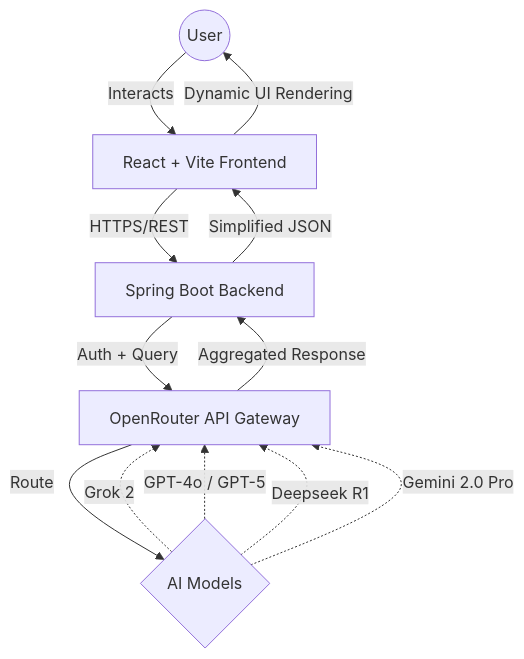
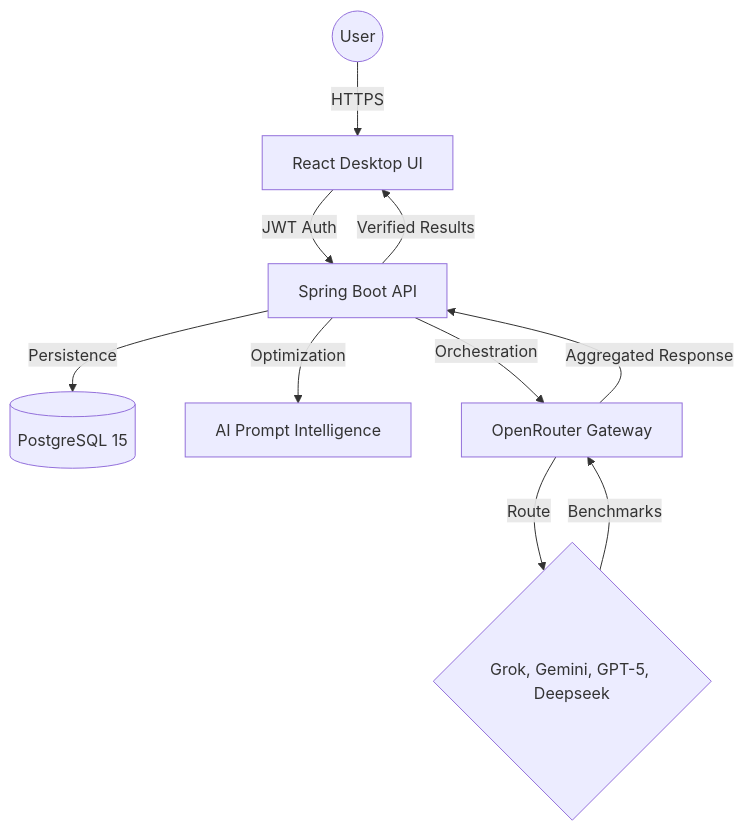
The diagram in README.md (Anand001122/AI-Nexus), drawn with Mermaid before and after one commit. The commit also changed other lines of this file and 55 other files, not shown here.

````diff
--- a/README.md
+++ b/README.md
@@ -16,16 +39,12 @@
 ```mermaid
 graph TD
-    User((User)) -->|Interacts| Frontend[React + Vite Frontend]
-    Frontend -->|HTTPS/REST| Backend[Spring Boot Backend]
-    Backend -->|Auth + Query| OpenRouter[OpenRouter API Gateway]
-    OpenRouter -->|Route| Models{AI Models}
-    
-    Models -.->|Grok 2| OpenRouter
-    Models -.->|GPT-4o / GPT-5| OpenRouter
-    Models -.->|Deepseek R1| OpenRouter
-    Models -.->|Gemini 2.0 Pro| OpenRouter
-    
-    OpenRouter -->|Aggregated Response| Backend
-    Backend -->|Simplified JSON| Frontend
-    Frontend -->|Dynamic UI Rendering| User
+    User((User)) -->|HTTPS| Frontend[React Desktop UI]
+    Frontend -->|JWT Auth| Backend[Spring Boot API]
+    Backend -->|Persistence| DB[(PostgreSQL 15)]
+    Backend -->|Optimization| PromptService[AI Prompt Intelligence]
+    Backend -->|Orchestration| AI_Gateway[OpenRouter Gateway]
+    AI_Gateway -->|Route| Models{Grok, Gemini, GPT-5, Deepseek}
+    Models -->|Benchmarks| AI_Gateway
+    AI_Gateway -->|Aggregated Response| Backend
+    Backend -->|Verified Results| Frontend
 ```
````
